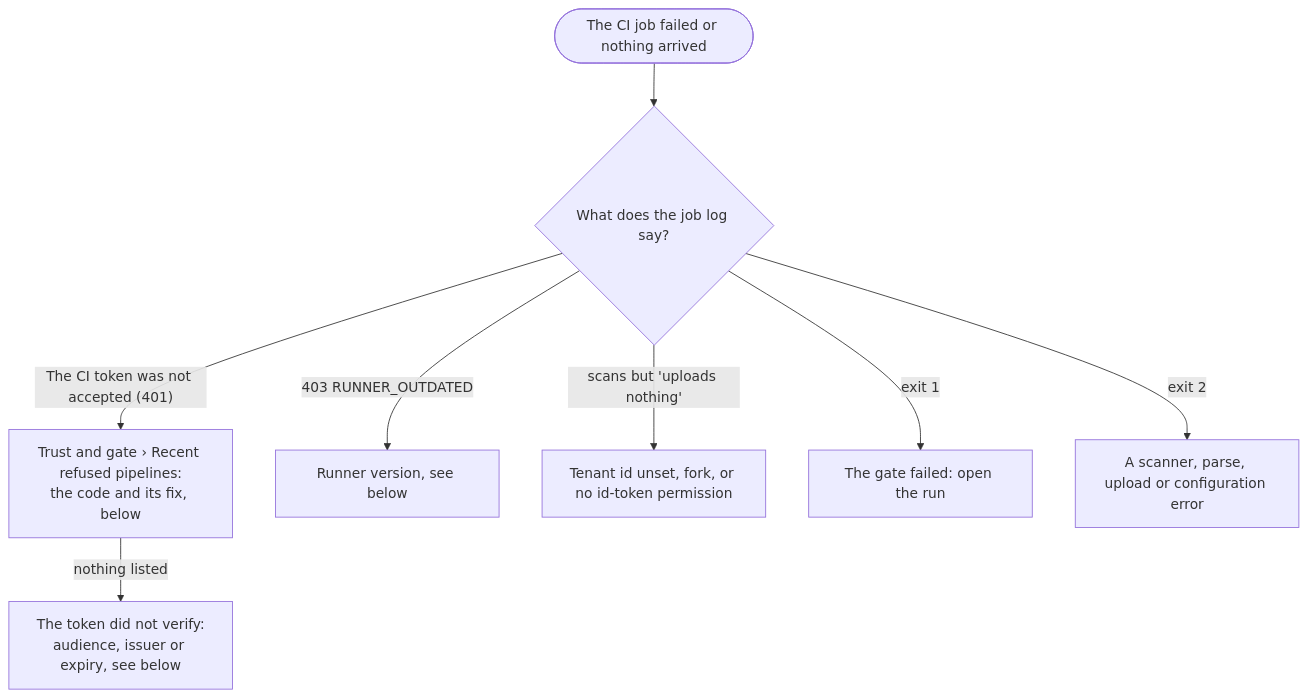
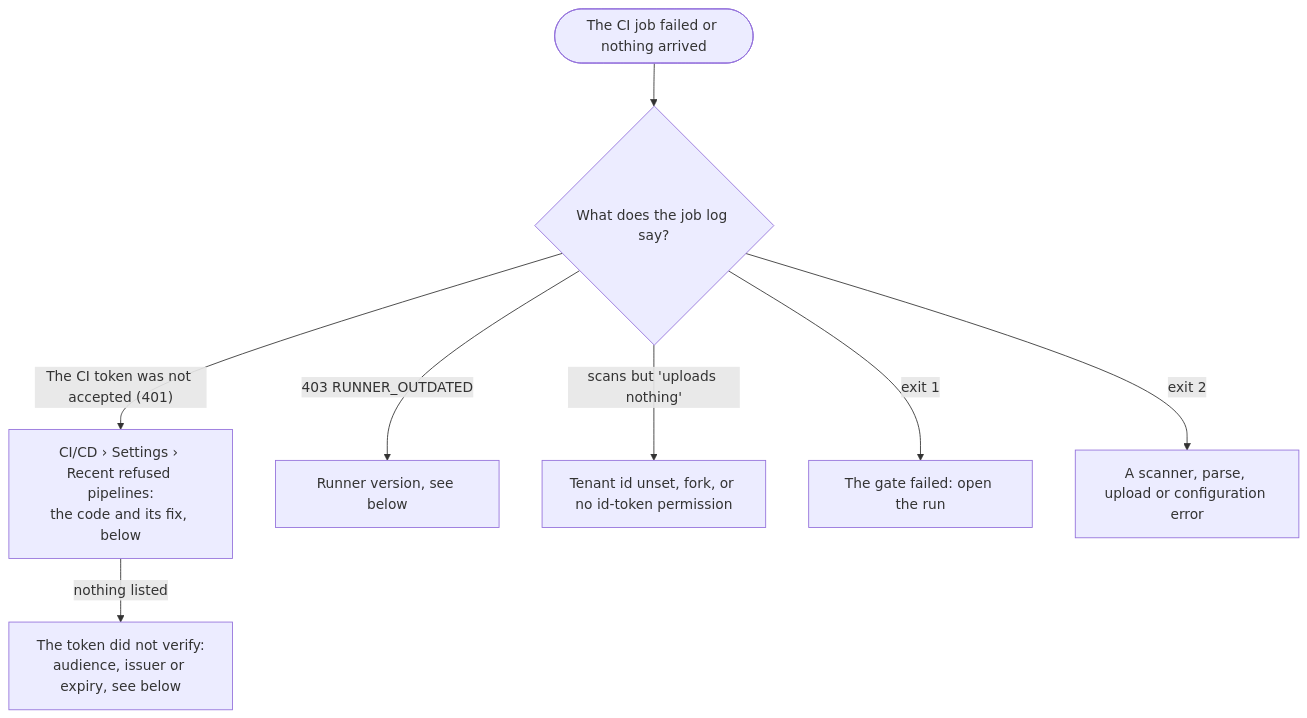
Before and after one commit to openctemio/docs: the diagram in scanning/ci-troubleshooting.md, drawn with Mermaid. The commit also changed other lines of this file and 46 other files, not shown here.

````diff
--- a/scanning/ci-troubleshooting.md
+++ b/scanning/ci-troubleshooting.md
@@ -16,10 +16,10 @@
 ```mermaid
 flowchart TD
   s([The CI job failed or nothing arrived]) --> log{What does the job log say?}
-  log -->|"The CI token was not accepted (401)"| ref[Trust and gate › Recent refused pipelines:<br/>the code and its fix, below]
+  log -->|"The CI token was not accepted (401)"| ref[CI/CD › Settings › Recent refused pipelines:<br/>the code and its fix, below]
   ref -->|nothing listed| unv[The token did not verify:<br/>audience, issuer or expiry, see below]
   log -->|403 RUNNER_OUTDATED| old[Runner version, see below]
   log -->|scans but 'uploads nothing'| nores[Tenant id unset, fork, or no id-token permission]
   log -->|exit 1| gate[The gate failed: open the run]
   log -->|exit 2| broken[A scanner, parse, upload or configuration error]
 ```
````
